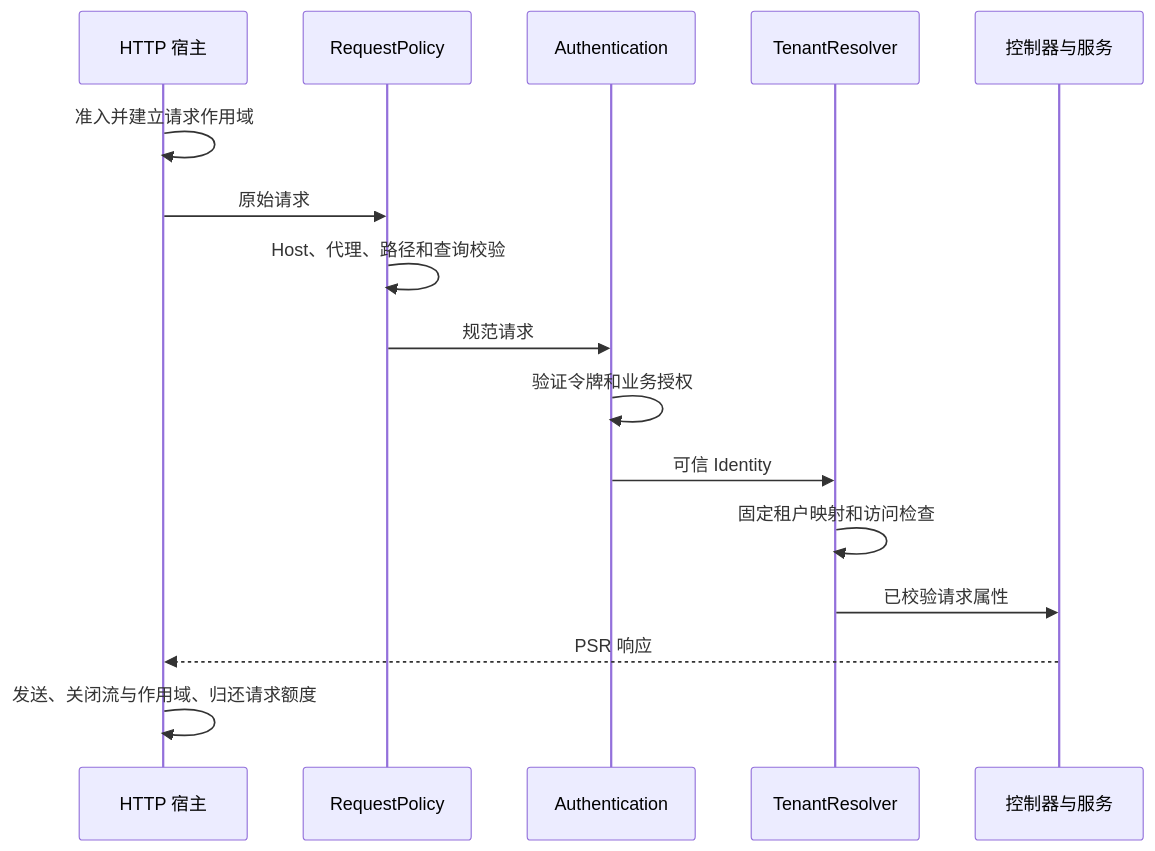
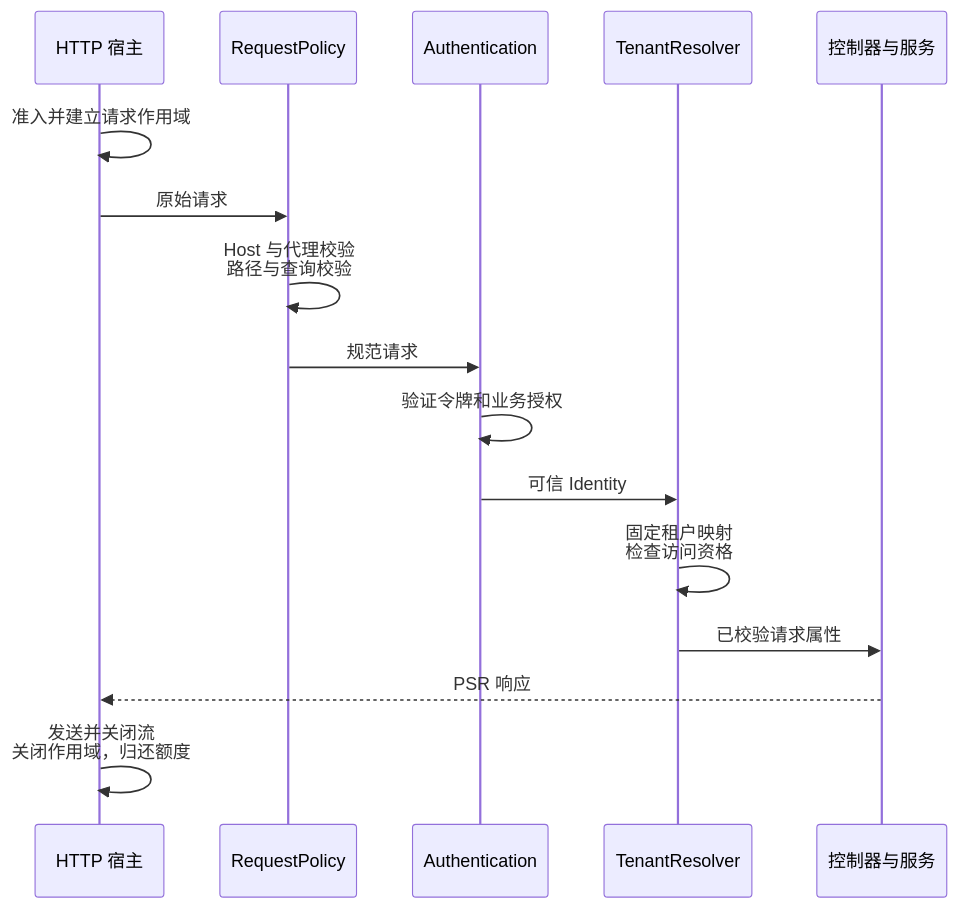
One commit to zoujingli/typeapp changed the second of 2 diagrams in docs/guide/plugins/type-core.md. Above: the diagram before and after it, drawn with Mermaid. The commit also changed other lines of this file and 31 other files, not shown here.

Commit message:
docs(release): 细化版本安装与组件图示并记录候选验收边界

````diff
--- a/docs/guide/plugins/type-core.md
+++ b/docs/guide/plugins/type-core.md
@@ -193,18 +193,23 @@
 ```mermaid
+---
+config:
+  sequence:
+    width: 115
+---
 sequenceDiagram
     participant Host as HTTP 宿主
     participant Policy as RequestPolicy
     participant Auth as Authentication
     participant Tenant as TenantResolver
     participant App as 控制器与服务
     Host->>Host: 准入并建立请求作用域
     Host->>Policy: 原始请求
-    Policy->>Policy: Host、代理、路径和查询校验
+    Policy->>Policy: Host 与代理校验<br/>路径与查询校验
     Policy->>Auth: 规范请求
     Auth->>Auth: 验证令牌和业务授权
     Auth->>Tenant: 可信 Identity
-    Tenant->>Tenant: 固定租户映射和访问检查
+    Tenant->>Tenant: 固定租户映射<br/>检查访问资格
     Tenant->>App: 已校验请求属性
     App-->>Host: PSR 响应
-    Host->>Host: 发送、关闭流与作用域、归还请求额度
+    Host->>Host: 发送并关闭流<br/>关闭作用域，归还额度
 ```
````
